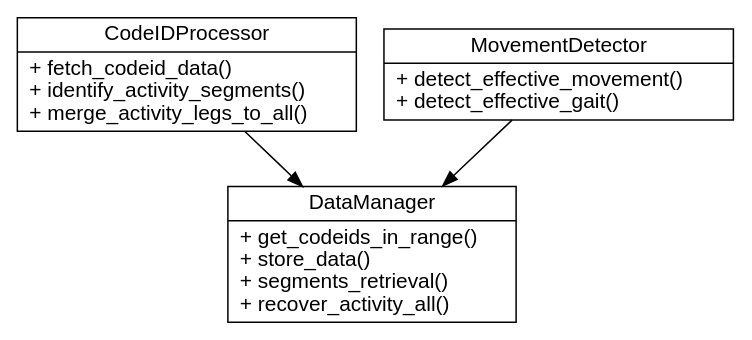
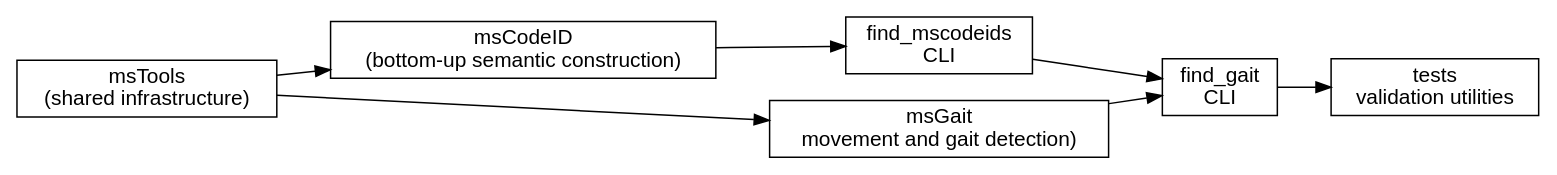
Before and after one commit to MultipleSclerosisMonitoring/DPC_2024: the diagram in docs/modules.rst, drawn with Graphviz. The commit also changed other lines of this file and 35 other files, not shown here.

```diff
--- a/docs/modules.rst
+++ b/docs/modules.rst
@@ -11,18 +29,24 @@
 .. graphviz::
-   :caption: Class Diagram for Core Components
+   :caption: Repository module relationships
    :align: center
 
-   digraph class_core {
-      rankdir=TB;
+   digraph repo_modules {
+      rankdir=LR;
       graph [fontname="Helvetica"];
-      node  [shape=record, fontname="Helvetica"];
+      node  [shape=box, fontname="Helvetica"];
       edge  [fontname="Helvetica"];
 
+      msTools         [label="msTools\n(shared infrastructure)"];
+      msCodeID        [label="msCodeID\n(bottom-up semantic construction)"];
+      find_mscodeids  [label="find_mscodeids\nCLI"];
+      msGait          [label="msGait\nmovement and gait detection)"];
+      find_gait       [label="find_gait\nCLI"];
+      tests           [label="tests\nvalidation utilities"];
 
-      CodeIDProcessor [label="{CodeIDProcessor|+ fetch_codeid_data()\l+ identify_activity_segments()\l+ merge_activity_legs_to_all()\l}"];
-      MovementDetector [label="{MovementDetector|+ detect_effective_movement()\l+ detect_effective_gait()\l}"];
-      DataManager [label="{DataManager|+ get_codeids_in_range()\l+ store_data()\l+ segments_retrieval()\l+ recover_activity_all()\l}"];
-
-      CodeIDProcessor -> DataManager;
-      MovementDetector -> DataManager;
+      msTools -> msCodeID;
+      msTools -> msGait;
+      msCodeID -> find_mscodeids;
+      msGait -> find_gait;
+      find_mscodeids -> find_gait;
+      find_gait -> tests;
    }
```
